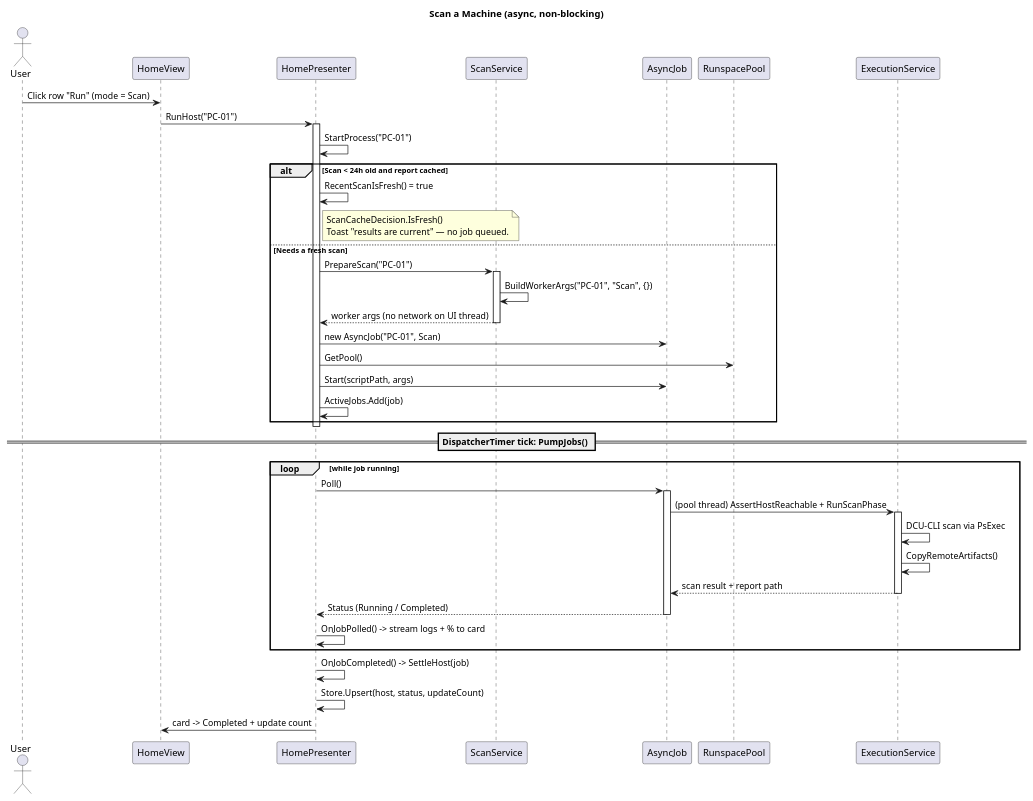
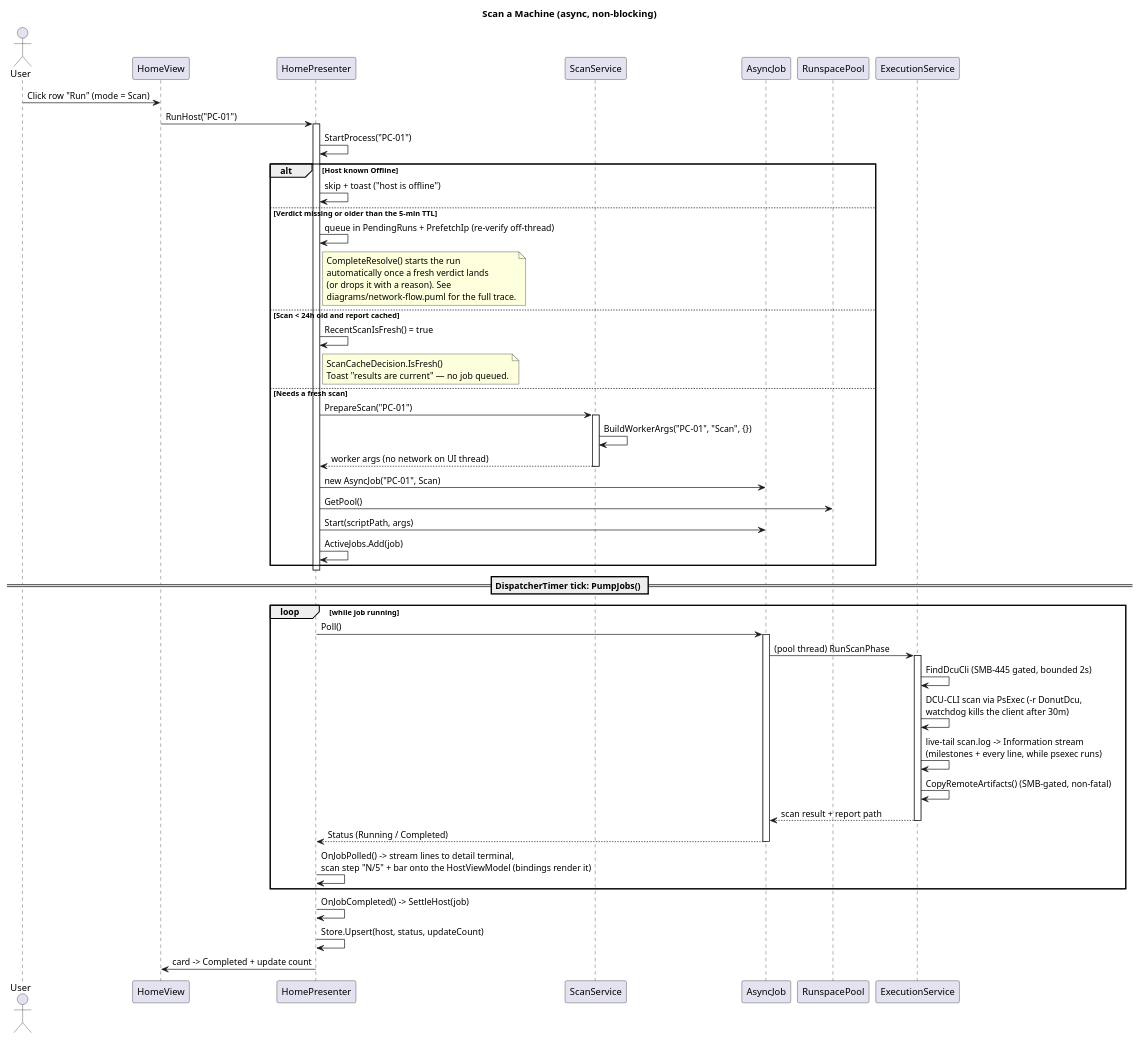
Before and after one commit to Danial-Changez/DONUT: the diagram in docs/diagrams/scan_sequence_diagram.puml, drawn with PlantUML. The commit also changed 24 other files, not shown here.

```diff
--- a/docs/diagrams/scan_sequence_diagram.puml
+++ b/docs/diagrams/scan_sequence_diagram.puml
@@ -1,53 +1,60 @@
 @startuml Scan Sequence Diagram
 title Scan a Machine (async, non-blocking)
 
 actor User
 participant "HomeView" as View
 participant "HomePresenter" as Presenter
 participant "ScanService" as Scan
 participant "AsyncJob" as Job
 participant "RunspacePool" as Pool
 participant "ExecutionService" as Exec
 
 User -> View: Click row "Run" (mode = Scan)
 View -> Presenter: RunHost("PC-01")
 activate Presenter
 Presenter -> Presenter: StartProcess("PC-01")
 
-alt Scan < 24h old and report cached
+alt Host known Offline
+    Presenter -> Presenter: skip + toast ("host is offline")
+else Verdict missing or older than the 5-min TTL
+    Presenter -> Presenter: queue in PendingRuns + PrefetchIp (re-verify off-thread)
+    note right of Presenter: CompleteResolve() starts the run\nautomatically once a fresh verdict lands\n(or drops it with a reason). See\ndiagrams/network-flow.puml for the full trace.
+else Scan < 24h old and report cached
     Presenter -> Presenter: RecentScanIsFresh() = true
     note right of Presenter: ScanCacheDecision.IsFresh()\nToast "results are current" — no job queued.
 else Needs a fresh scan
     Presenter -> Scan: PrepareScan("PC-01")
     activate Scan
     Scan -> Scan: BuildWorkerArgs("PC-01", "Scan", {})
     Scan --> Presenter: worker args (no network on UI thread)
     deactivate Scan
 
     Presenter -> Job: new AsyncJob("PC-01", Scan)
     Presenter -> Pool: GetPool()
     Presenter -> Job: Start(scriptPath, args)
     Presenter -> Presenter: ActiveJobs.Add(job)
 end
 deactivate Presenter
 
 == DispatcherTimer tick: PumpJobs() ==
 
 loop while job running
     Presenter -> Job: Poll()
     activate Job
-    Job -> Exec: (pool thread) AssertHostReachable + RunScanPhase
+    Job -> Exec: (pool thread) RunScanPhase
     activate Exec
-    Exec -> Exec: DCU-CLI scan via PsExec
-    Exec -> Exec: CopyRemoteArtifacts()
+    Exec -> Exec: FindDcuCli (SMB-445 gated, bounded 2s)
+    Exec -> Exec: DCU-CLI scan via PsExec (-r DonutDcu,\nwatchdog kills the client after 30m)
+    Exec -> Exec: live-tail scan.log -> Information stream\n(milestones + every line, while psexec runs)
+    Exec -> Exec: CopyRemoteArtifacts() (SMB-gated, non-fatal)
     Exec --> Job: scan result + report path
     deactivate Exec
     Job --> Presenter: Status (Running / Completed)
     deactivate Job
-    Presenter -> Presenter: OnJobPolled() -> stream logs + % to card
+    Presenter -> Presenter: OnJobPolled() -> stream lines to detail terminal,\nscan step "N/5" + bar onto the HostViewModel (bindings render it)
 end
 
 Presenter -> Presenter: OnJobCompleted() -> SettleHost(job)
 Presenter -> Presenter: Store.Upsert(host, status, updateCount)
 Presenter -> View: card -> Completed + update count
 @enduml
```
